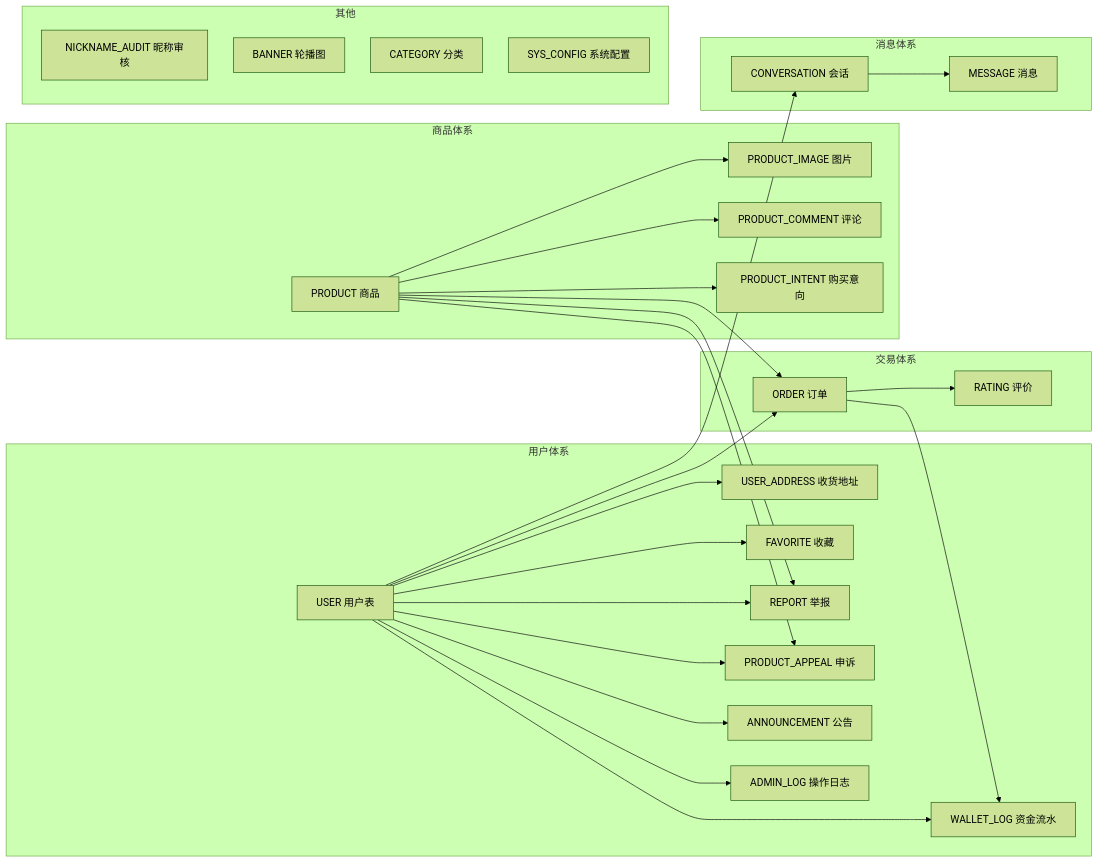
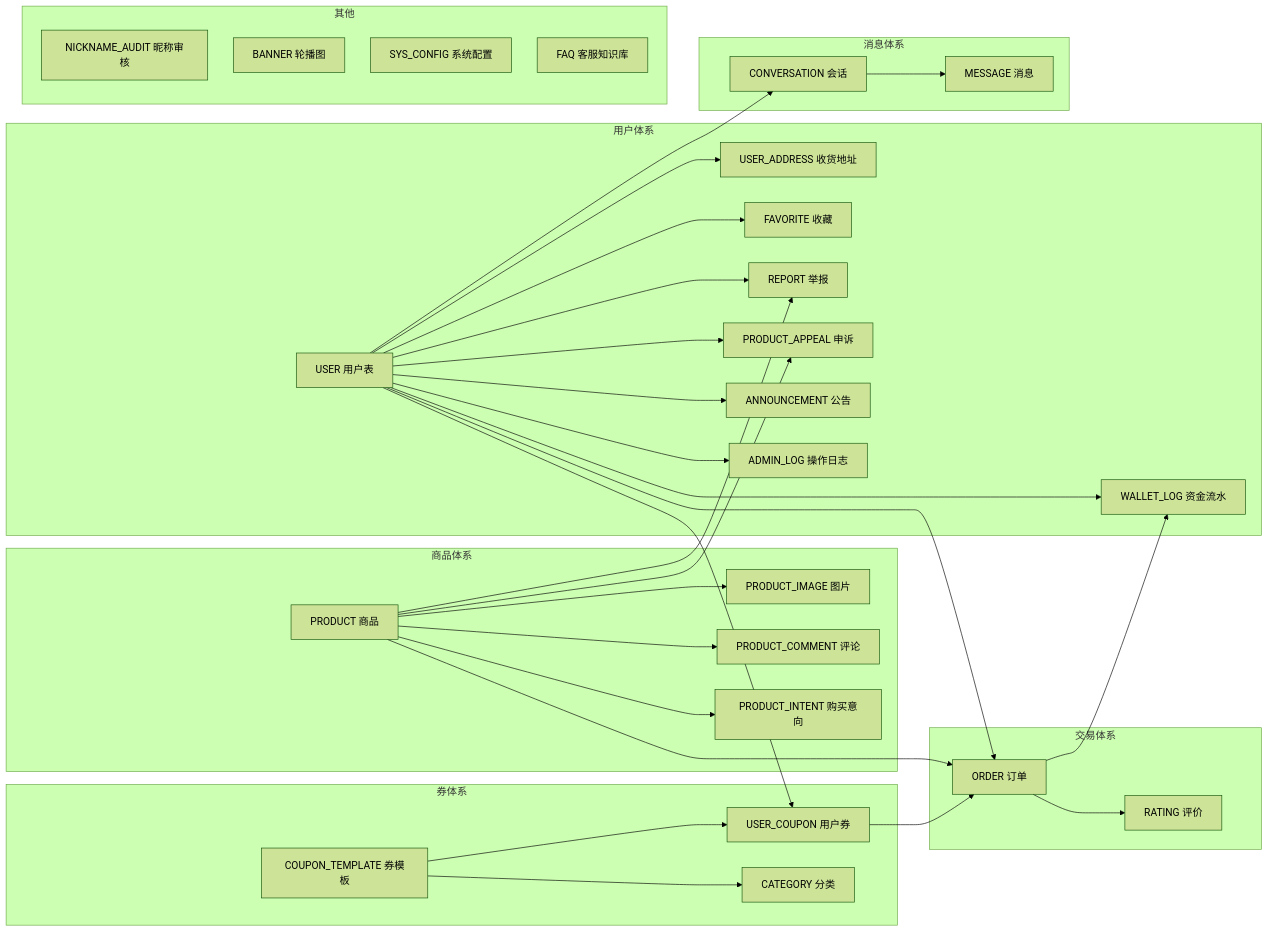
Before and after one commit to CUTEcivetcat/c2c: the diagram in README.md, drawn with Mermaid (forest theme). The commit also changed other lines of this file, not shown here.

Commit message:
docs: README 表结构同步——补券模板/用户券/FAQ/系统配置表与 E-R 图，口径更新为 23 表 256 字段

````diff
--- a/README.md
+++ b/README.md
@@ -186,36 +188,43 @@
 ```mermaid
 %%{init: {'flowchart': {'nodeSpacing': 40, 'rankSpacing': 50}}}%%
 flowchart LR
   subgraph 用户体系
     U[USER 用户表]-->UA[USER_ADDRESS 收货地址]
     U-->F[FAVORITE 收藏]
     U-->W[WALLET_LOG 资金流水]
     U-->R[REPORT 举报]
     U-->PA[PRODUCT_APPEAL 申诉]
     U-->A[ANNOUNCEMENT 公告]
     U-->AL[ADMIN_LOG 操作日志]
   end
   subgraph 商品体系
     P[PRODUCT 商品]-->PI[PRODUCT_IMAGE 图片]
     P-->PC[PRODUCT_COMMENT 评论]
     P-->PT[PRODUCT_INTENT 购买意向]
     P-->PA
     P-->R
   end
   subgraph 交易体系
     O[ORDER 订单]-->RT[RATING 评价]
     O-->W
     P-->O
     U-->O
   end
+  subgraph 券体系
+    CT[COUPON_TEMPLATE 券模板]-->UC[USER_COUPON 用户券]
+    U-->UC
+    UC-->O
+    CT-->CAT
+  end
   subgraph 消息体系
     C[CONVERSATION 会话]-->M[MESSAGE 消息]
     U-->C
   end
   subgraph 其他
     N[NICKNAME_AUDIT 昵称审核]
     B[BANNER 轮播图]
     CAT[CATEGORY 分类]
     CFG[SYS_CONFIG 系统配置]
+    FAQ[FAQ 客服知识库]
   end
 ```
````
